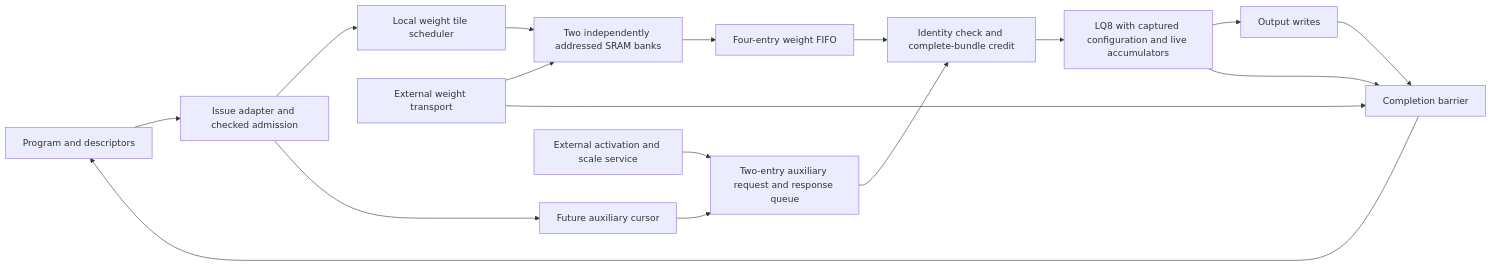
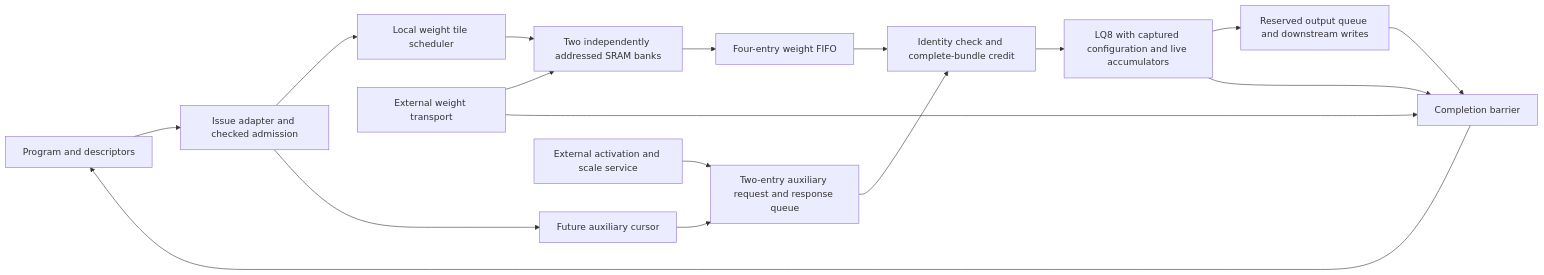
One commit to bojieli/OpenTallas changed the diagram in docs/REFINED_ARCHITECTURE_AND_OPTIMIZATION_REPORT.md. Above: the diagram before and after it, drawn with Mermaid. The commit also changed other lines of this file and 12 other files, not shown here.

````diff
--- a/docs/REFINED_ARCHITECTURE_AND_OPTIMIZATION_REPORT.md
+++ b/docs/REFINED_ARCHITECTURE_AND_OPTIMIZATION_REPORT.md
@@ -59,19 +60,19 @@
 ```mermaid
 flowchart LR
     P[Program and descriptors] --> A[Issue adapter and checked admission]
     A --> S[Local weight tile scheduler]
     T[External weight transport] --> B[Two independently addressed SRAM banks]
     S --> B
     B --> F[Four-entry weight FIFO]
     A --> C[Future auxiliary cursor]
     C --> Q[Two-entry auxiliary request and response queue]
     X[External activation and scale service] --> Q
     F --> J[Identity check and complete-bundle credit]
     Q --> J
     J --> L[LQ8 with captured configuration and live accumulators]
-    L --> W[Output writes]
+    L --> W[Reserved output queue and downstream writes]
     L --> D[Completion barrier]
     W --> D
     T --> D
     D --> P
 ```
````
